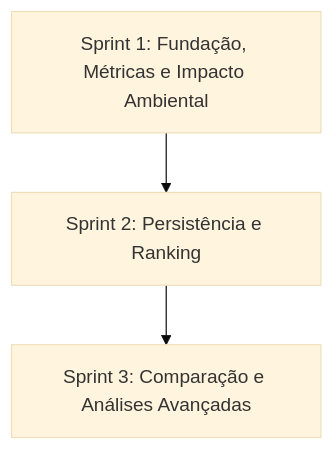
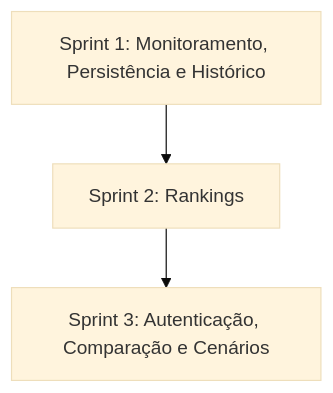
One commit to Team-Zero-DSM/GreenER changed the diagram in README.md. Above: the diagram before and after it, drawn with Mermaid (base theme). The commit also changed other lines of this file and 13 other files, not shown here.

````diff
--- a/README.md
+++ b/README.md
@@ -191,5 +177,5 @@
 ```mermaid
 graph TD
-    S1[Sprint 1: Fundação, Métricas e Impacto Ambiental] --> S2[Sprint 2: Persistência e Ranking]
-    S2 --> S3[Sprint 3: Comparação e Análises Avançadas]
+    S1[Sprint 1: Monitoramento, Persistência e Histórico] --> S2[Sprint 2: Rankings]
+    S2 --> S3[Sprint 3: Autenticação, Comparação e Cenários]
 ```
````
